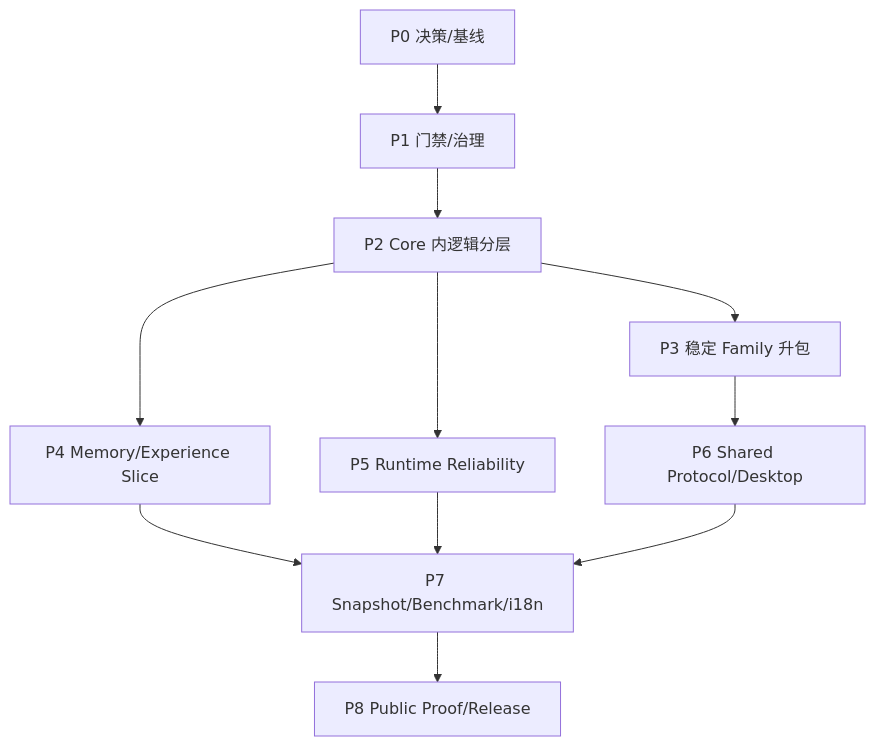
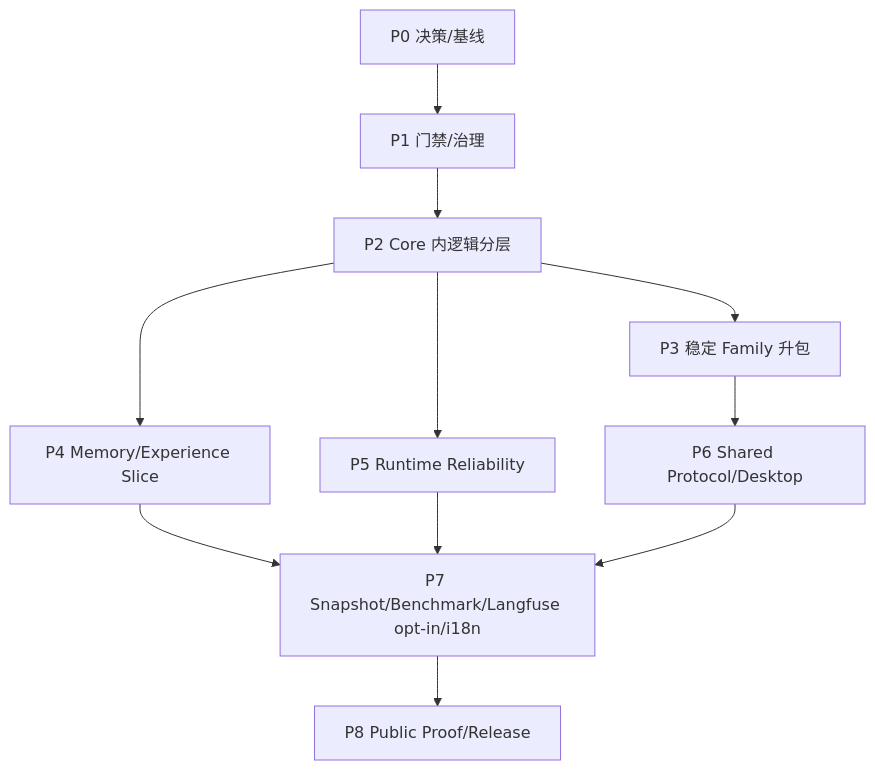
One commit to Cainheart/tracegraph-agent changed the first of 2 diagrams in docs/outlive-agent-v2/09-implementation-roadmap/01-phase-dependency-map.md. Above: the diagram before and after it, drawn with Mermaid. The commit also changed other lines of this file and 46 other files, not shown here.

````diff
--- a/docs/outlive-agent-v2/09-implementation-roadmap/01-phase-dependency-map.md
+++ b/docs/outlive-agent-v2/09-implementation-roadmap/01-phase-dependency-map.md
@@ -15,13 +15,13 @@
 ```mermaid
 flowchart TB
   P0[P0 决策/基线] --> P1[P1 门禁/治理]
   P1 --> P2[P2 Core 内逻辑分层]
   P2 --> P3[P3 稳定 Family 升包]
   P2 --> P4[P4 Memory/Experience Slice]
   P2 --> P5[P5 Runtime Reliability]
   P3 --> P6[P6 Shared Protocol/Desktop]
-  P4 --> P7[P7 Snapshot/Benchmark/i18n]
+  P4 --> P7[P7 Snapshot/Benchmark/Langfuse opt-in/i18n]
   P5 --> P7
   P6 --> P7
   P7 --> P8[P8 Public Proof/Release]
 ```
````
